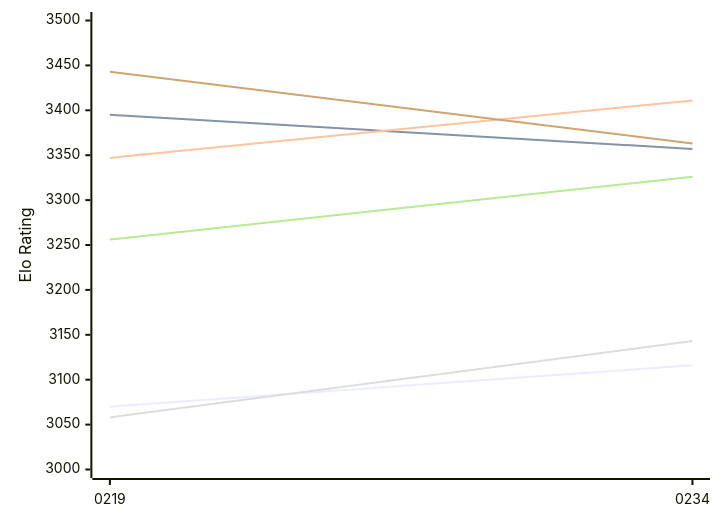
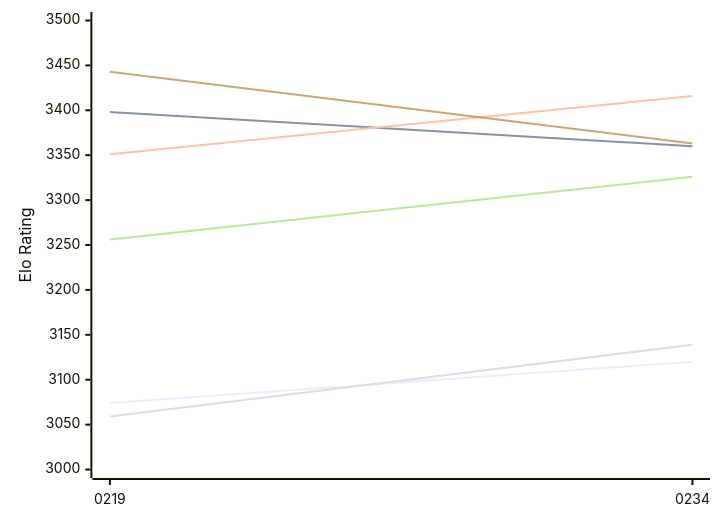
Before and after one commit to computer-chess-index/cci: the first of 2 diagrams in engines/Ynode.md, drawn with Mermaid. The commit also changed other lines of this file, not shown here.

Commit message:
Update CCI Ratings (ELO VLTC) - 2026-11-22

````diff
--- a/engines/Ynode.md
+++ b/engines/Ynode.md
@@ -50,12 +50,12 @@
 ```mermaid
 %%{init: {"theme":"base","themeVariables":{"seriesColors:['#a3a3a3','#222221','#faa371']}}}%%
 xychart-beta
   x-axis ["0219", "0234"]
   y-axis "Elo Rating" 3000 --> 3500
-  line "E1: STC (8.0+0.08s)" [3070, 3116]
-  line "E1: LTC (60.0+0.60s)" [3395, 3357]
-  line "E1: VLTC (2m24s+1.12s)" [3347, 3411]
-  line "P1: STC (8.0+0.08s)" [3058, 3143]
+  line "E1: STC (8.0+0.08s)" [3074, 3120]
+  line "E1: LTC (60.0+0.60s)" [3398, 3360]
+  line "E1: VLTC (2m24s+1.12s)" [3351, 3416]
+  line "P1: STC (8.0+0.08s)" [3059, 3139]
   line "P1: LTC (60.0+0.60s)" [3256, 3326]
   line "P1: VLTC (2m24s+1.12s)" [3443, 3363]
 ```
````
